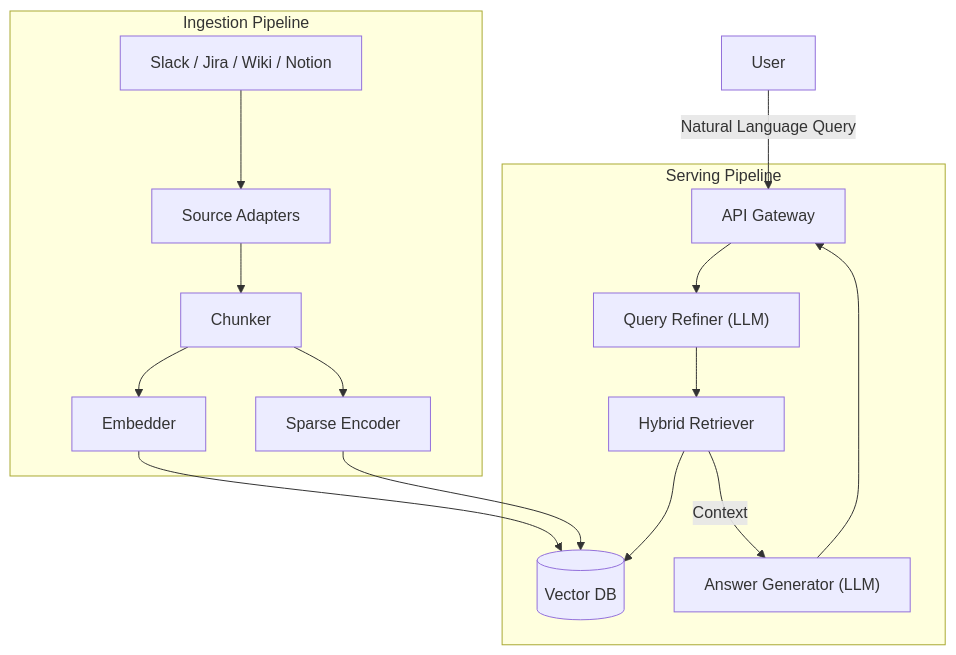
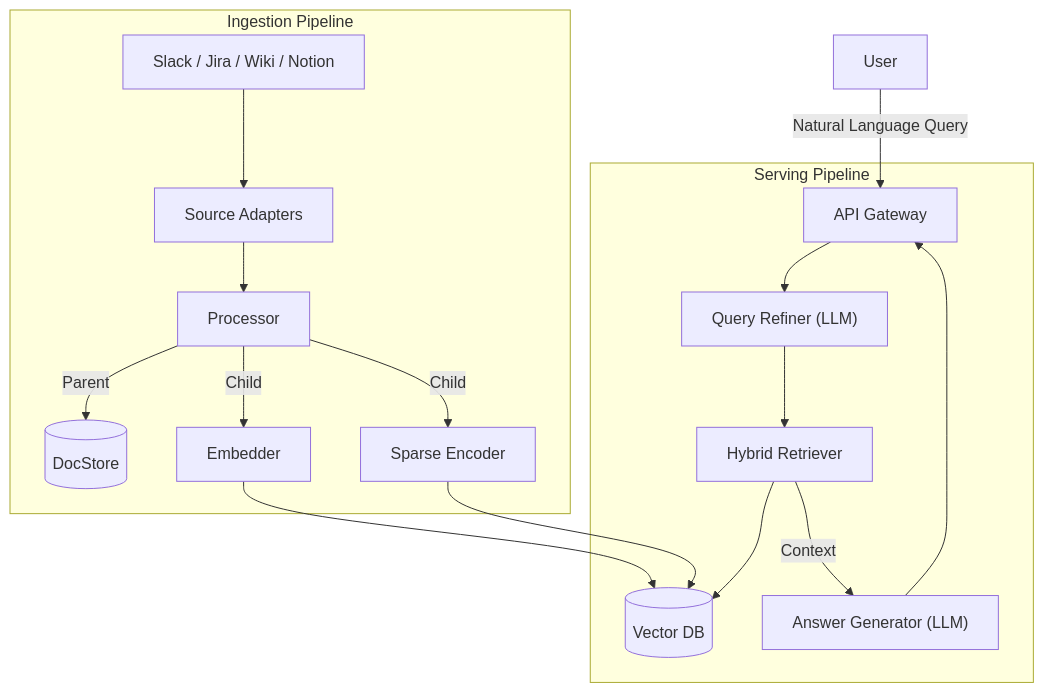
The diagram in README.md (end-2/search), drawn with Mermaid before and after one commit. The commit also changed other lines of this file and 3 other files, not shown here.

````diff
--- a/README.md
+++ b/README.md
@@ -27,21 +28,22 @@
 ```mermaid
 graph TD
     User[User] -->|Natural Language Query| API[API Gateway]
     
     subgraph "Serving Pipeline"
         API --> Refiner["Query Refiner (LLM)"]
         Refiner --> Retriever[Hybrid Retriever]
         Retriever --> VectorDB[(Vector DB)]
         Retriever -->|Context| Generator["Answer Generator (LLM)"]
         Generator --> API
     end
 
     subgraph "Ingestion Pipeline"
         Sources["Slack / Jira / Wiki / Notion"] --> Adapter[Source Adapters]
-        Adapter --> Chunker[Chunker]
-        Chunker --> Embedder[Embedder]
-        Chunker --> Sparse[Sparse Encoder]
-        Embedder --> VectorDB
+        Adapter --> Processor[Processor]
+        Processor -->|Parent| DocStore[(DocStore)]
+        Processor -->|Child| Embedder[Embedder]
+        Processor -->|Child| Sparse[Sparse Encoder]
+        Embedder --> VectorDB[(Vector DB)]
         Sparse --> VectorDB
     end
 ```
````
